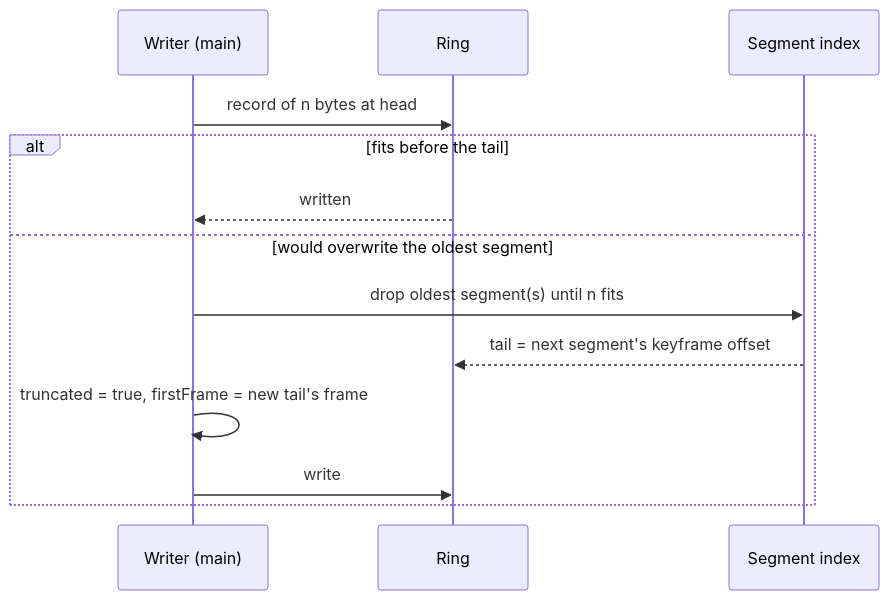
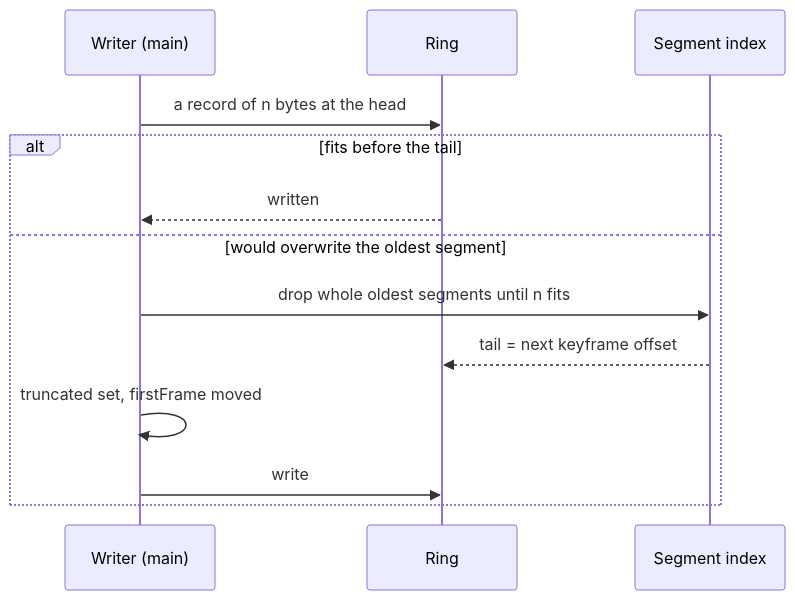
One commit to doughtnerd/TranquilityEngine changed the ninth of 10 diagrams in docs/design/0171-audio-mix/architecture.md. Above: the diagram before and after it, drawn with Mermaid. The commit also changed other lines of this file and 1 other file, not shown here.

First line of the commit message:
M5 design: architecture and contracts revision 2 (rulings R1-R25, resolutions of the senior's review)

````diff
--- a/docs/design/0171-audio-mix/architecture.md
+++ b/docs/design/0171-audio-mix/architecture.md
@@ -259,15 +290,15 @@
 ```mermaid
 sequenceDiagram
   participant W as Writer (main)
   participant Ri as Ring
   participant I as Segment index
-  W->>Ri: record of n bytes at head
+  W->>Ri: a record of n bytes at the head
   alt fits before the tail
     Ri-->>W: written
   else would overwrite the oldest segment
-    W->>I: drop oldest segment(s) until n fits
-    I-->>Ri: tail = next segment's keyframe offset
-    W->>W: truncated = true, firstFrame = new tail's frame
+    W->>I: drop whole oldest segments until n fits
+    I-->>Ri: tail = next keyframe offset
+    W->>W: truncated set, firstFrame moved
     W->>Ri: write
   end
 ```
````
